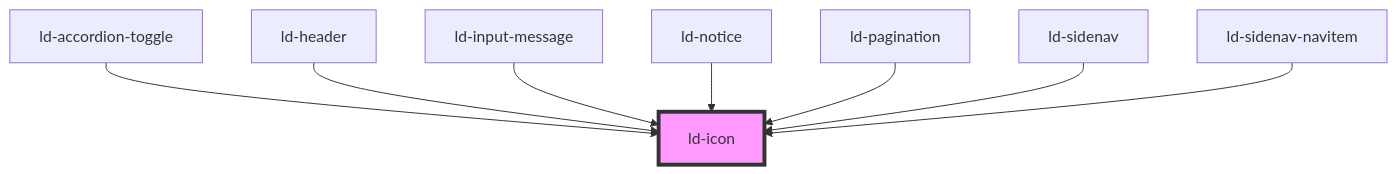
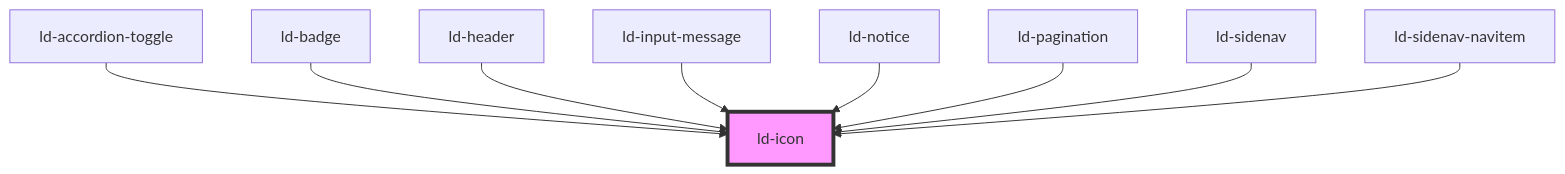
One commit to emdgroup-liquid/liquid changed the diagram in src/liquid/components/ld-icon/readme.md. Above: the diagram before and after it, drawn with Mermaid. The commit also changed other lines of this file and 18 other files, not shown here.

````diff
--- a/src/liquid/components/ld-icon/readme.md
+++ b/src/liquid/components/ld-icon/readme.md
@@ -346,11 +347,12 @@
 ```mermaid
 graph TD;
   ld-accordion-toggle --> ld-icon
+  ld-badge --> ld-icon
   ld-header --> ld-icon
   ld-input-message --> ld-icon
   ld-notice --> ld-icon
   ld-pagination --> ld-icon
   ld-sidenav --> ld-icon
   ld-sidenav-navitem --> ld-icon
   style ld-icon fill:#f9f,stroke:#333,stroke-width:4px
 ```
````
